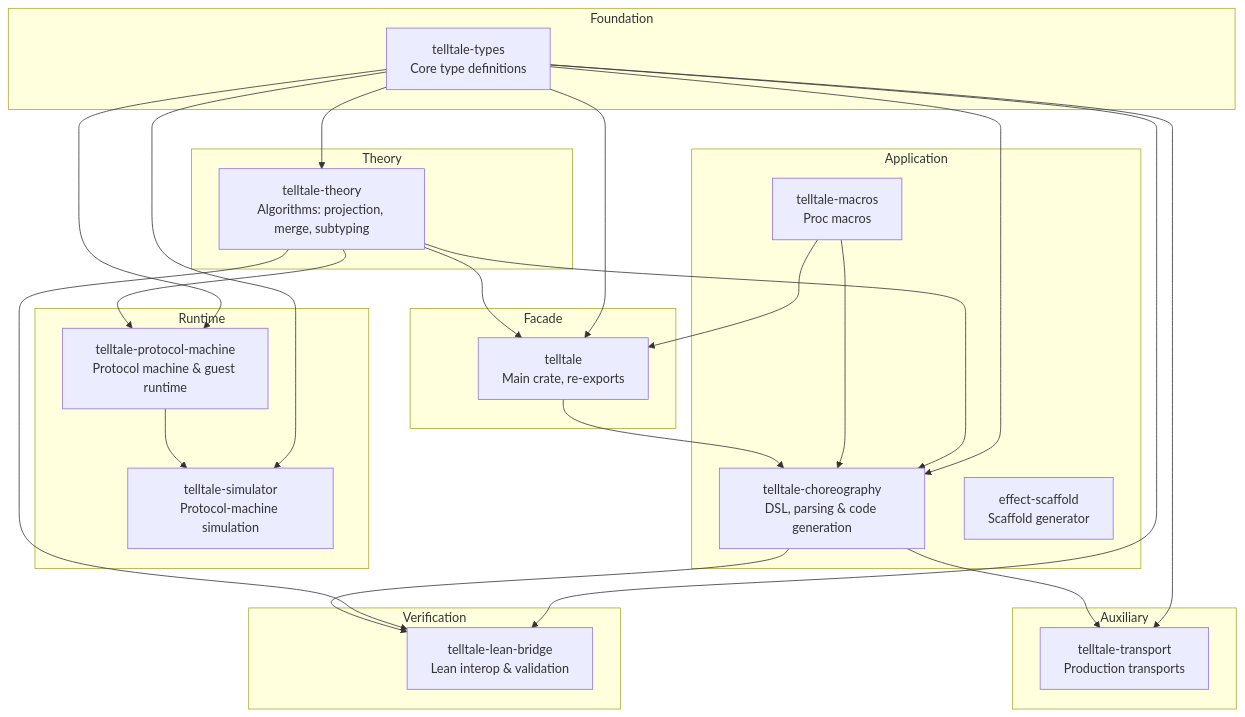
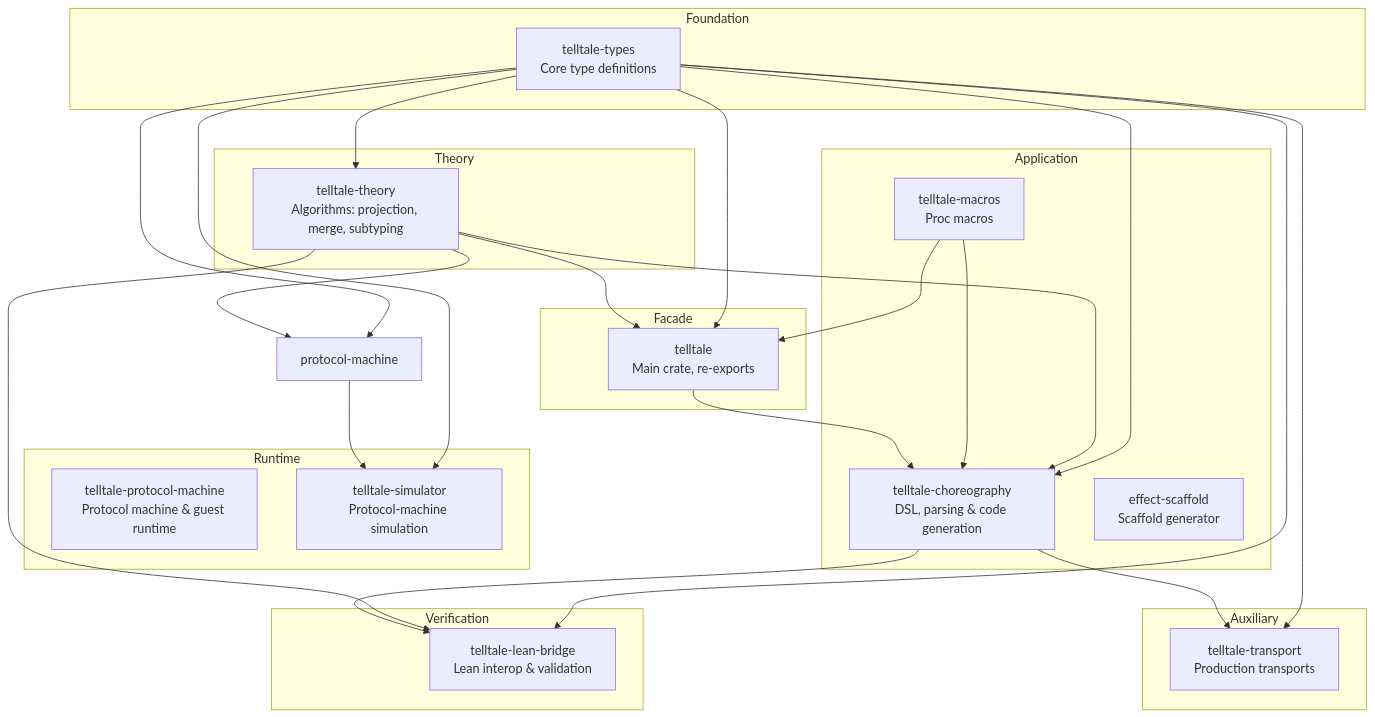
Before and after one commit to hxrts/telltale: the diagram in docs/04_code_organization.md, drawn with Mermaid. The commit also changed other lines of this file and 16 other files, not shown here.

````diff
--- a/docs/04_code_organization.md
+++ b/docs/04_code_organization.md
@@ -34,56 +34,56 @@
 ```mermaid
 graph TB
     subgraph Foundation
         types["telltale-types<br/>Core type definitions"]
     end
 
     subgraph Theory
         theory["telltale-theory<br/>Algorithms: projection, merge, subtyping"]
     end
 
     subgraph Verification
         lean["telltale-lean-bridge<br/>Lean interop & validation"]
     end
 
     subgraph Runtime
         vm["telltale-protocol-machine<br/>Protocol machine & guest runtime"]
         simulator["telltale-simulator<br/>Protocol-machine simulation"]
     end
 
     subgraph Application
         choreo["telltale-choreography<br/>DSL, parsing & code generation"]
         macros["telltale-macros<br/>Proc macros"]
         scaffold["effect-scaffold<br/>Scaffold generator"]
     end
 
     subgraph Facade
         main["telltale<br/>Main crate, re-exports"]
     end
 
     subgraph Auxiliary
         transport["telltale-transport<br/>Production transports"]
     end
 
     types --> theory
     types --> main
     types --> choreo
     types --> lean
-    types --> vm
+    types --> protocol-machine
     types --> simulator
 
     theory --> main
-    theory --> vm
+    theory --> protocol-machine
     theory --> choreo
     theory --> lean
 
-    vm --> simulator
+    protocol-machine --> simulator
 
     macros --> main
     macros --> choreo
     main --> choreo
 
     choreo --> lean
 
     types --> transport
     choreo --> transport
 ```
````
